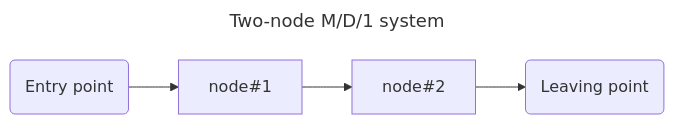
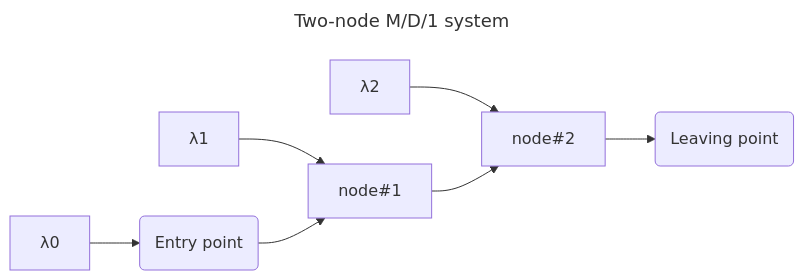
Before and after one commit to marco-create/queueing: the second of 2 diagrams in README.md, drawn with Mermaid. The commit also changed other lines of this file and 4 other files, not shown here.

````diff
--- a/README.md
+++ b/README.md
@@ -40,10 +43,13 @@
 ```mermaid
 ---
 title: Two-node M/D/1 system
 ---
   graph LR;
     A("Entry point")
+    B("Leaving point")
 
-    B("Leaving point")
+      λ0 --> A
+      λ1 --> node#1
+      λ2 --> node#2
       A --> node#1 --> node#2 --> B
 ```
````
